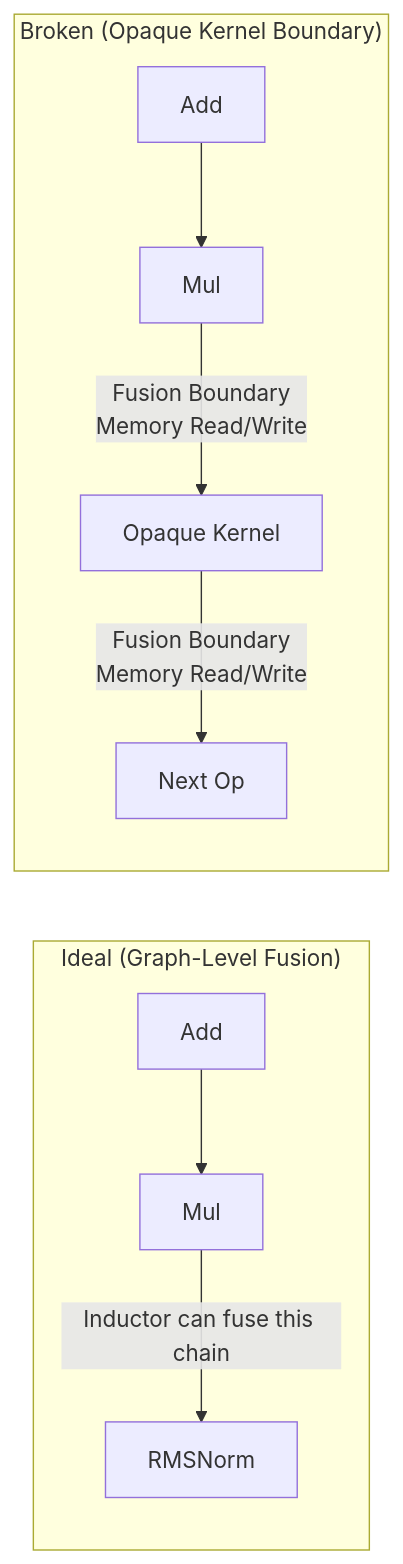
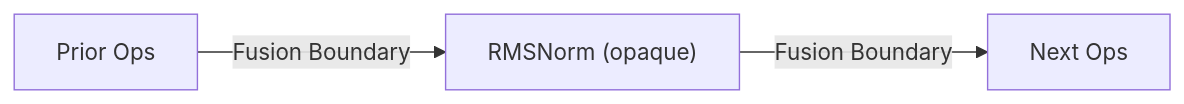
The second of 4 diagrams in _posts/2026-06-17-vllm-op-ir-where-inference-meets-compiler.md (hiraditya/hiraditya.github.io), drawn with Mermaid before and after one commit. The commit also changed other lines of this file, not shown here.

````diff
--- a/_posts/2026-06-17-vllm-op-ir-where-inference-meets-compiler.md
+++ b/_posts/2026-06-17-vllm-op-ir-where-inference-meets-compiler.md
@@ -55,15 +75,4 @@
 ```mermaid
 flowchart LR
-    subgraph Ideal["Ideal (Graph-Level Fusion)"]
-        direction TB
-        A1[Add] --> M1[Mul]
-        M1 -- "Inductor can fuse this chain" --> R1[RMSNorm]
-    end
-
-    subgraph Broken["Broken (Opaque Kernel Boundary)"]
-        direction TB
-        A2[Add] --> M2[Mul]
-        M2 -- "Fusion Boundary<br>Memory Read/Write" --> K2[Opaque Kernel]
-        K2 -- "Fusion Boundary<br>Memory Read/Write" --> N2[Next Op]
-    end
+    A2[Prior Ops] -- "Fusion Boundary" --> K2["RMSNorm (opaque)"] -- "Fusion Boundary" --> N2[Next Ops]
 ```
````
